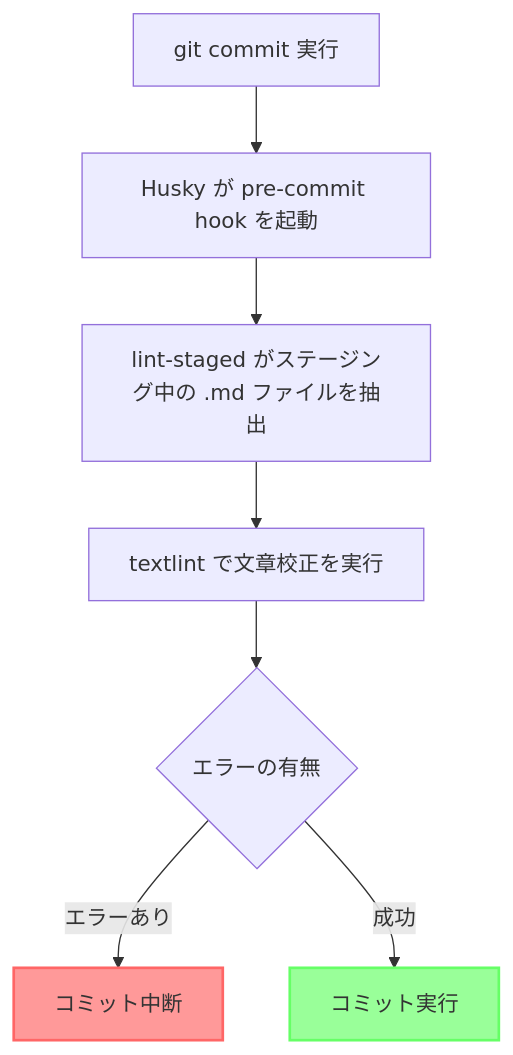
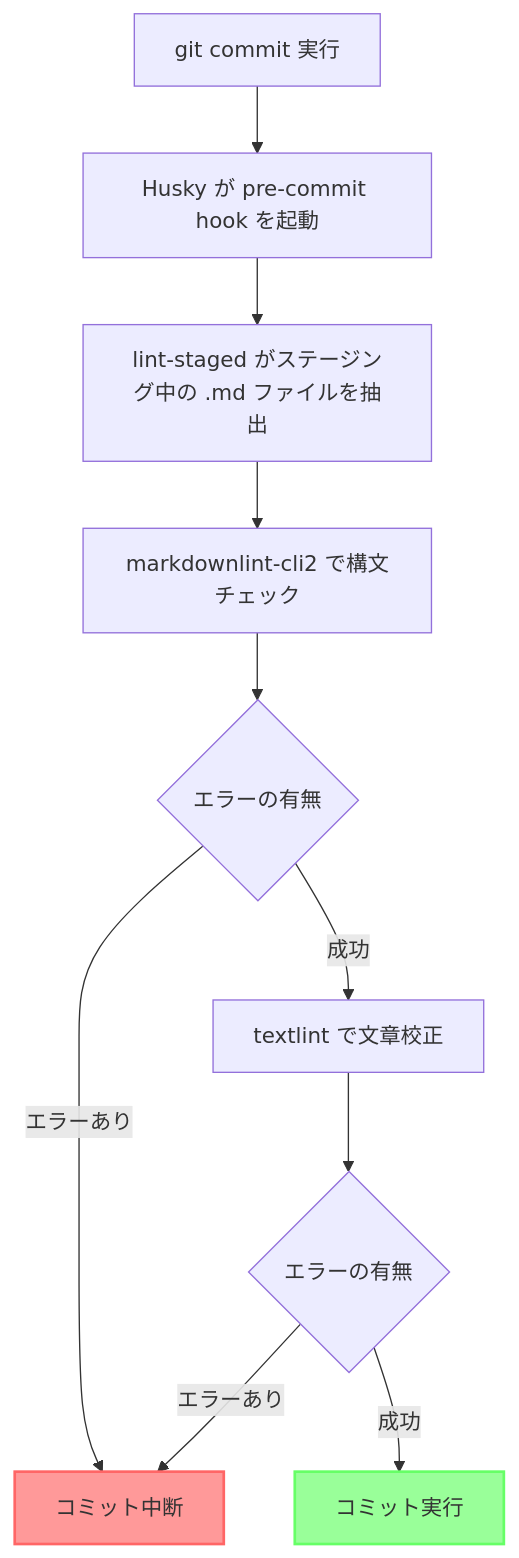
Before and after one commit to acckkiie/bowserjr: the diagram in adr/workflow.md, drawn with Mermaid. The commit also changed other lines of this file and 5 other files, not shown here.

````diff
--- a/adr/workflow.md
+++ b/adr/workflow.md
@@ -9,12 +9,15 @@
 ```mermaid
 flowchart TD
     A[git commit 実行] --> B[Husky が pre-commit hook を起動]
     B --> C[lint-staged がステージング中の .md ファイルを抽出]
-    C --> D[textlint で文章校正を実行]
+    C --> D[markdownlint-cli2 で構文チェック]
     D --> E{エラーの有無}
     E -->|エラーあり| F[コミット中断]
-    E -->|成功| G[コミット実行]
+    E -->|成功| G[textlint で文章校正]
+    G --> H{エラーの有無}
+    H -->|エラーあり| F
+    H -->|成功| I[コミット実行]
 
     style F fill:#f99,stroke:#f66,stroke-width:2px
-    style G fill:#9f9,stroke:#6f6,stroke-width:2px
+    style I fill:#9f9,stroke:#6f6,stroke-width:2px
 ```
````
